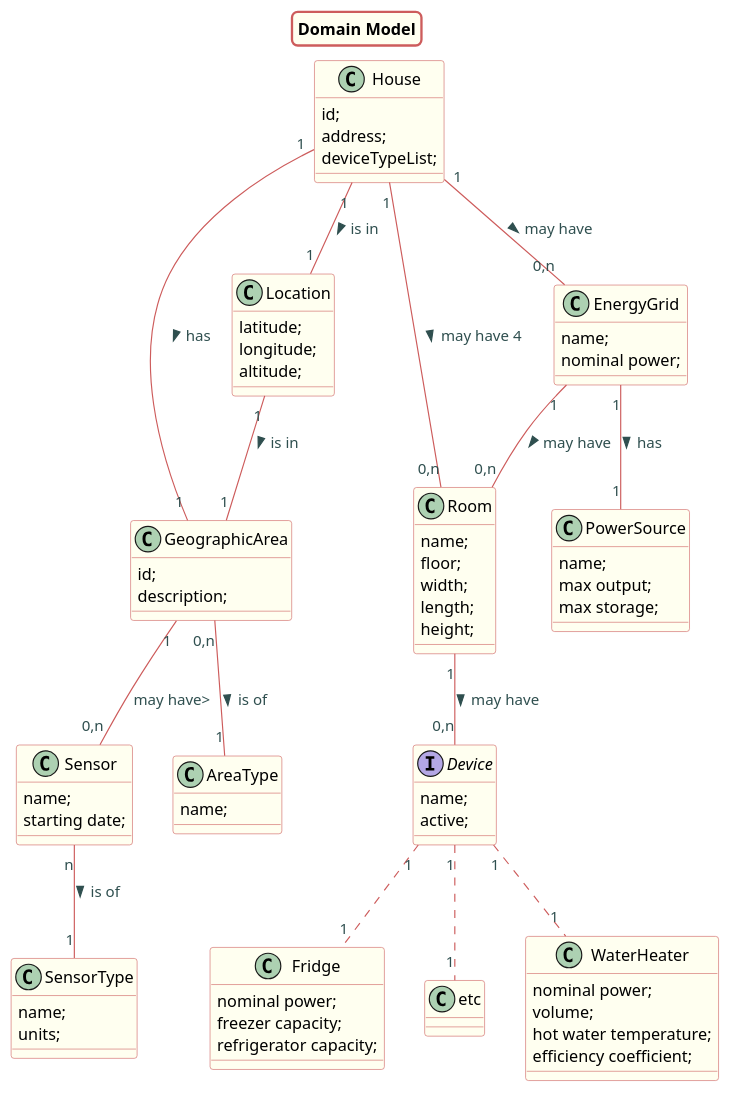
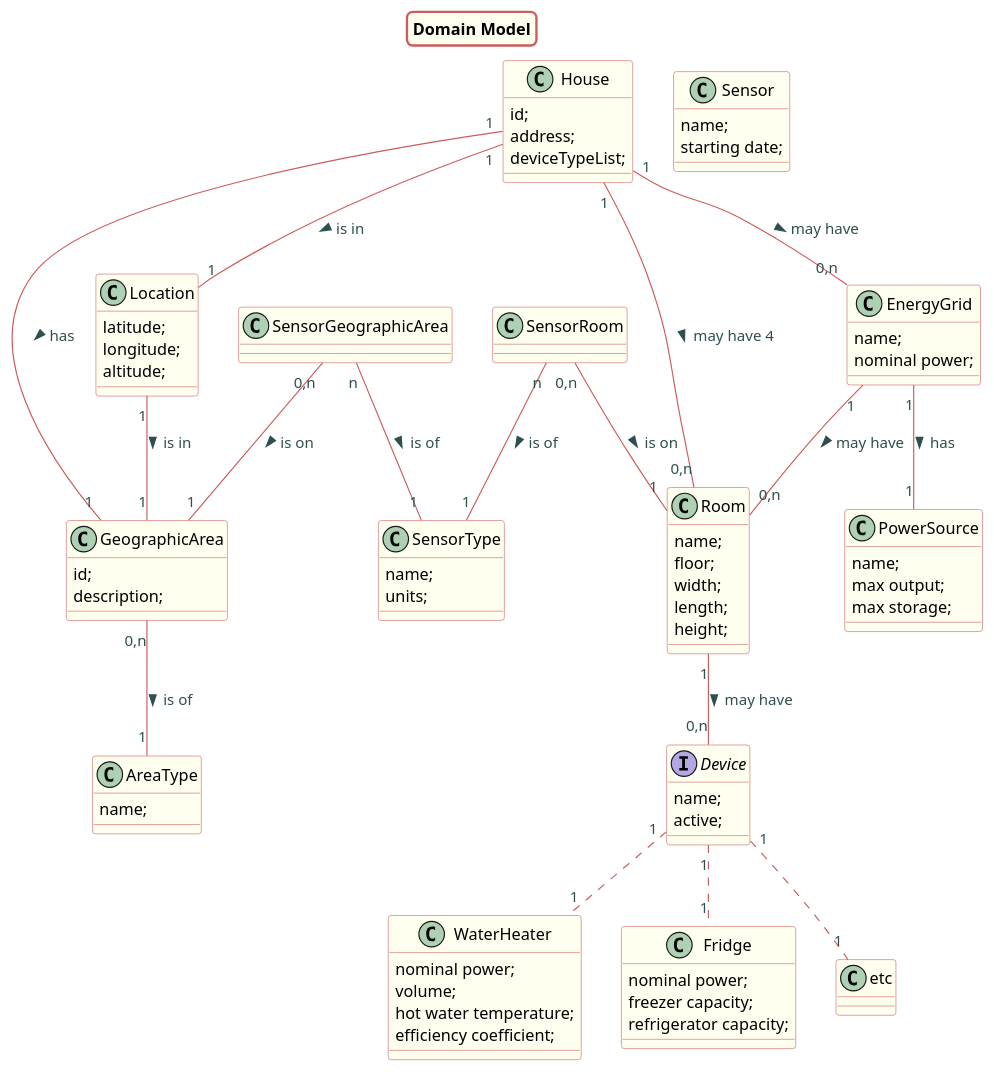
The diagram in src/doc/DomainModel/DomainModel.puml (Almadanmp/project), drawn with PlantUML before and after one commit.

Commit message:
#217 Domain Model updated

```diff
--- a/src/doc/DomainModel/DomainModel.puml
+++ b/src/doc/DomainModel/DomainModel.puml
@@ -1,107 +1,109 @@
 @startuml
 title Domain Model
 
 skinparam titleBorderRoundCorner 10
 skinparam titleBorderThickness 2
 skinparam titleBorderColor indianred
 skinparam titleBackgroundColor ivory
 skinparam FontName verdana
 
 skinparam class {
  	BorderColor indianred
  	BackgroundColor indianred
  	BackgroundColor ivory
     roundcorner 10
     ArrowFontName Verdana
     ArrowColor indianred
     ArrowFontColor darkslategrey
  }
 
 class House
 
 House "1" -- "1" GeographicArea : has >
 House "1" -- "0,n" Room : may have 4 >
 House "1" -- "0,n" EnergyGrid: may have >
 EnergyGrid "1" -- "1" PowerSource: has >
 EnergyGrid "1" -- "0,n" Room: may have >
 Room "1" -- "0,n" Device : may have >
 House "1" -- "1" Location :  is in >
 Location "1" -- "1" GeographicArea: is in >
 GeographicArea "0,n" -- "1" AreaType: is of >
-GeographicArea "1" -- "0,n" Sensor: may have>
-Sensor "n" -- "1" SensorType: is of >
+SensorGeographicArea "0,n" -- "1" GeographicArea: is on >
+SensorGeographicArea "n" -- "1" SensorType: is of >
+SensorRoom "0,n" -- "1" Room: is on >
+SensorRoom "n" -- "1" SensorType: is of >
 Device "1" .. "1" WaterHeater
 Device "1" .. "1" Fridge
 Device "1" .. "1" etc
 
 
 class Room {
 name;
 floor;
 width;
 length;
 height;
 }
 
 class House {
 id;
 address;
 deviceTypeList;
 }
 
 class Location {
 latitude;
 longitude;
 altitude;
 }
 
 class EnergyGrid{
 name;
 nominal power;
 }
 
 class PowerSource{
 name;
 max output;
 max storage;
 }
 
 Interface Device{
 name;
 active;
 }
 
 class GeographicArea{
 id;
 description;
 }
 
 class Sensor{
 name;
 starting date;
 }
 
 class AreaType{
 name;
 }
 
 class SensorType{
  name;
  units;
  }
 
  class WaterHeater{
  nominal power;
  volume;
  hot water temperature;
  efficiency coefficient;
  }
 
  class Fridge{
  nominal power;
  freezer capacity;
  refrigerator capacity;
  }
 
 
 @enduml
```
